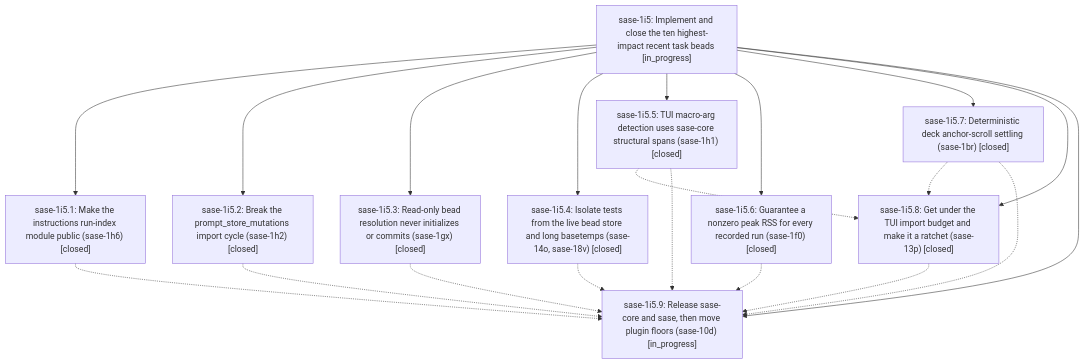
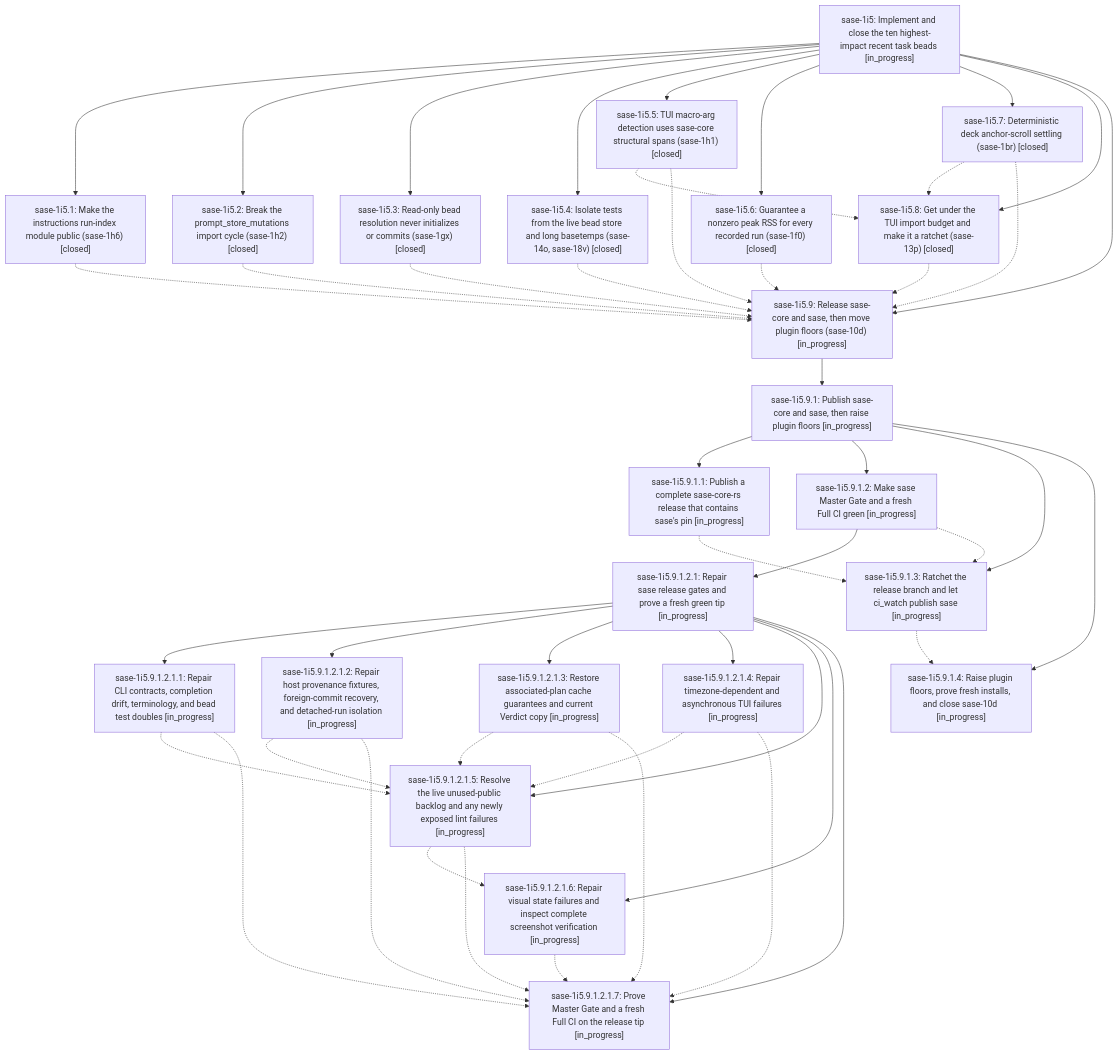
Before and after one commit to sase-org/sase--beads: the diagram in pages/sase-1i5/README.md, drawn with Mermaid. The commit also changed other lines of this file and 15 other files, not shown here.

First line of the commit message:
chore(beads): sync bead state and pages for sase-1i5

````diff
--- a/pages/sase-1i5/README.md
+++ b/pages/sase-1i5/README.md
@@ -44,32 +44,72 @@
 ```mermaid
 flowchart TD
     n0["sase-1i5: Implement and close the ten highest-impact recent task beads [in_progress]"]
     n1["sase-1i5.1: Make the instructions run-index module public (sase-1h6) [closed]"]
     n2["sase-1i5.2: Break the prompt_store_mutations import cycle (sase-1h2) [closed]"]
     n3["sase-1i5.3: Read-only bead resolution never initializes or commits (sase-1gx) [closed]"]
     n4["sase-1i5.4: Isolate tests from the live bead store and long basetemps (sase-14o, sase-18v) [closed]"]
     n5["sase-1i5.5: TUI macro-arg detection uses sase-core structural spans (sase-1h1) [closed]"]
     n6["sase-1i5.6: Guarantee a nonzero peak RSS for every recorded run (sase-1f0) [closed]"]
     n7["sase-1i5.7: Deterministic deck anchor-scroll settling (sase-1br) [closed]"]
     n8["sase-1i5.8: Get under the TUI import budget and make it a ratchet (sase-13p) [closed]"]
     n9["sase-1i5.9: Release sase-core and sase, then move plugin floors (sase-10d) [in_progress]"]
+    n10["sase-1i5.9.1: Publish sase-core and sase, then raise plugin floors [in_progress]"]
+    n11["sase-1i5.9.1.1: Publish a complete sase-core-rs release that contains sase's pin [in_progress]"]
+    n12["sase-1i5.9.1.2: Make sase Master Gate and a fresh Full CI green [in_progress]"]
+    n13["sase-1i5.9.1.2.1: Repair sase release gates and prove a fresh green tip [in_progress]"]
+    n14["sase-1i5.9.1.2.1.1: Repair CLI contracts, completion drift, terminology, and bead test doubles [in_progress]"]
+    n15["sase-1i5.9.1.2.1.2: Repair host provenance fixtures, foreign-commit recovery, and detached-run isolation [in_progress]"]
+    n16["sase-1i5.9.1.2.1.3: Restore associated-plan cache guarantees and current Verdict copy [in_progress]"]
+    n17["sase-1i5.9.1.2.1.4: Repair timezone-dependent and asynchronous TUI failures [in_progress]"]
+    n18["sase-1i5.9.1.2.1.5: Resolve the live unused-public backlog and any newly exposed lint failures [in_progress]"]
+    n19["sase-1i5.9.1.2.1.6: Repair visual state failures and inspect complete screenshot verification [in_progress]"]
+    n20["sase-1i5.9.1.2.1.7: Prove Master Gate and a fresh Full CI on the release tip [in_progress]"]
+    n21["sase-1i5.9.1.3: Ratchet the release branch and let ci_watch publish sase [in_progress]"]
+    n22["sase-1i5.9.1.4: Raise plugin floors, prove fresh installs, and close sase-10d [in_progress]"]
     n0 --> n1
     n0 --> n2
     n0 --> n3
     n0 --> n4
     n0 --> n5
     n0 --> n6
     n0 --> n7
     n0 --> n8
     n0 --> n9
+    n9 --> n10
+    n10 --> n11
+    n10 --> n12
+    n12 --> n13
+    n13 --> n14
+    n13 --> n15
+    n13 --> n16
+    n13 --> n17
+    n13 --> n18
+    n13 --> n19
+    n13 --> n20
+    n10 --> n21
+    n10 --> n22
     n1 -.-> n9
     n2 -.-> n9
     n3 -.-> n9
     n4 -.-> n9
     n5 -.-> n8
     n5 -.-> n9
     n6 -.-> n9
     n7 -.-> n8
     n7 -.-> n9
     n8 -.-> n9
+    n11 -.-> n21
+    n12 -.-> n21
+    n14 -.-> n18
+    n14 -.-> n20
+    n15 -.-> n18
+    n15 -.-> n20
+    n16 -.-> n18
+    n16 -.-> n20
+    n17 -.-> n18
+    n17 -.-> n20
+    n18 -.-> n19
+    n18 -.-> n20
+    n19 -.-> n20
+    n21 -.-> n22
 ```
````
